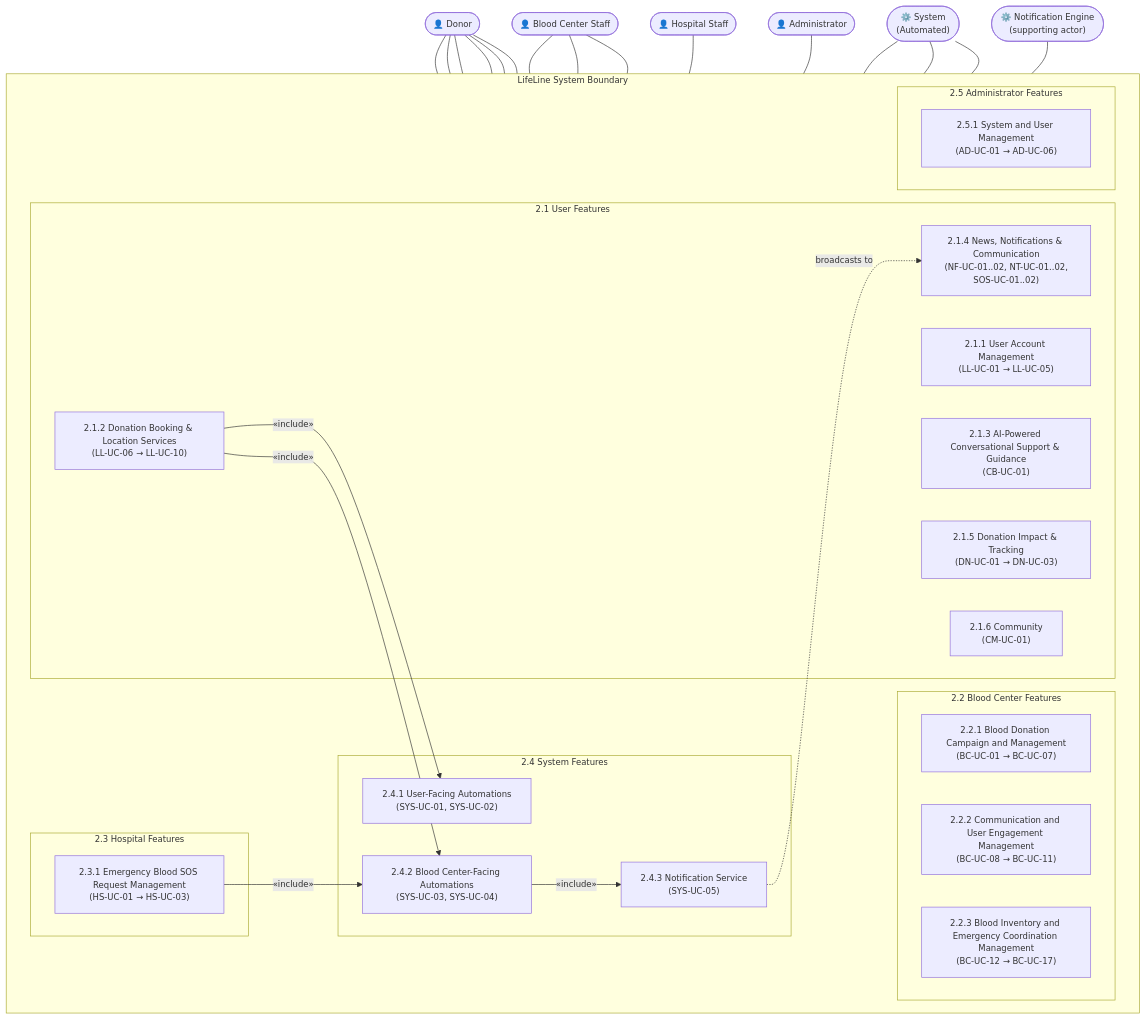
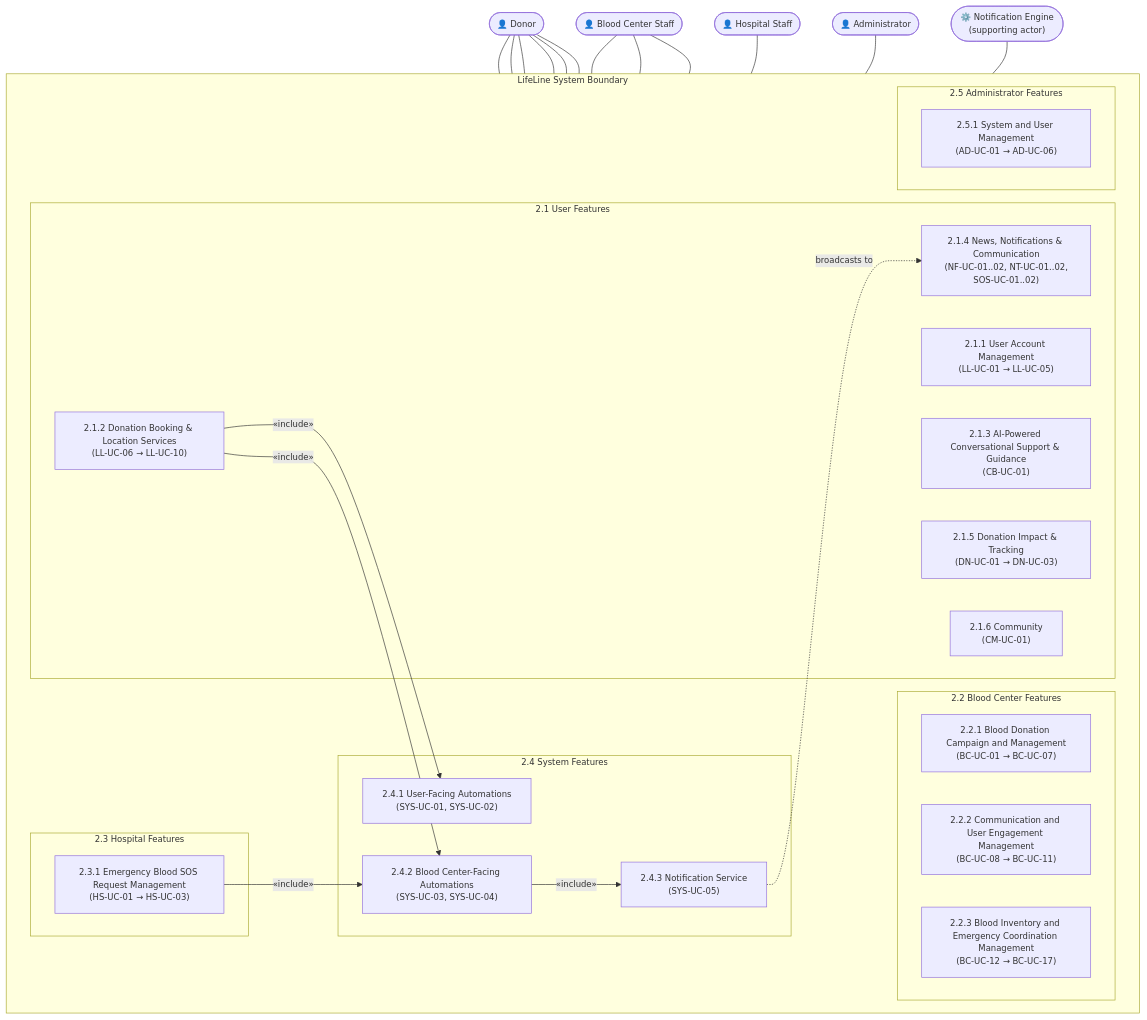
Before and after one commit to takiet2410-hub/SE-LifeLine-Project: the sixth of 6 diagrams in src/StakeholderDocuments/UseCaseSpec.md, drawn with Mermaid. The commit also changed other lines of this file, not shown here.

````diff
--- a/src/StakeholderDocuments/UseCaseSpec.md
+++ b/src/StakeholderDocuments/UseCaseSpec.md
@@ -536,74 +528,69 @@
 ```mermaid
 %%{init: {'theme': 'default', 'themeVariables': {'fontSize': '13px'}}}%%
 graph TB
 
     %% ── Actors ──────────────────────────────────────────
     Donor(["👤 Donor"])
     BCS(["👤 Blood Center Staff"])
     HS(["👤 Hospital Staff"])
     Admin(["👤 Administrator"])
-    SYS_ACT(["⚙️ System<br>(Automated)"])
     NE(["⚙️ Notification Engine<br>(supporting actor)"])
 
     subgraph LL ["LifeLine System Boundary"]
         direction LR
 
         subgraph UF ["2.1 User Features"]
             UAM["2.1.1 User Account Management<br>(LL-UC-01 → LL-UC-05)"]
             DBS["2.1.2 Donation Booking & Location Services<br>(LL-UC-06 → LL-UC-10)"]
             AI["2.1.3 AI-Powered Conversational Support & Guidance<br>(CB-UC-01)"]
             NNC["2.1.4 News, Notifications & Communication<br>(NF-UC-01..02, NT-UC-01..02,<br>SOS-UC-01..02)"]
             DIT["2.1.5 Donation Impact & Tracking<br>(DN-UC-01 → DN-UC-03)"]
             COM["2.1.6 Community<br>(CM-UC-01)"]
         end
 
         subgraph BCF ["2.2 Blood Center Features"]
             CAM["2.2.1 Blood Donation Campaign and Management<br>(BC-UC-01 → BC-UC-07)"]
             CMS["2.2.2 Communication and User Engagement Management<br>(BC-UC-08 → BC-UC-11)"]
             INV["2.2.3 Blood Inventory and Emergency Coordination Management<br>(BC-UC-12 → BC-UC-17)"]
         end
 
         subgraph HSF ["2.3 Hospital Features"]
             SOSM["2.3.1 Emergency Blood SOS Request Management<br>(HS-UC-01 → HS-UC-03)"]
         end
 
         subgraph SYSF ["2.4 System Features"]
             UFA["2.4.1 User-Facing Automations<br>(SYS-UC-01, SYS-UC-02)"]
             BCA["2.4.2 Blood Center-Facing Automations<br>(SYS-UC-03, SYS-UC-04)"]
             NOTIF["2.4.3 Notification Service<br>(SYS-UC-05)"]
         end
 
         subgraph ADMF ["2.5 Administrator Features"]
             ADMG["2.5.1 System and User Management<br>(AD-UC-01 → AD-UC-06)"]
         end
     end
 
     %% ── Actor → Feature Group ───────────────────────────
     Donor --- UAM
     Donor --- DBS
     Donor --- AI
     Donor --- NNC
     Donor --- DIT
     Donor --- COM
 
     BCS --- CAM
     BCS --- CMS
     BCS --- INV
 
     HS --- SOSM
 
     Admin --- ADMG
 
-    SYS_ACT --- UFA
-    SYS_ACT --- BCA
-    SYS_ACT --- NOTIF
-
     NE --- NNC
 
     %% ── Cross-group dependencies (per «include»/related-UC relations) ──
     DBS -- "«include»" --> UFA
     DBS -- "«include»" --> BCA
     SOSM -- "«include»" --> BCA
     BCA -- "«include»" --> NOTIF
     NOTIF -. "broadcasts to" .-> NNC
 ```
````
